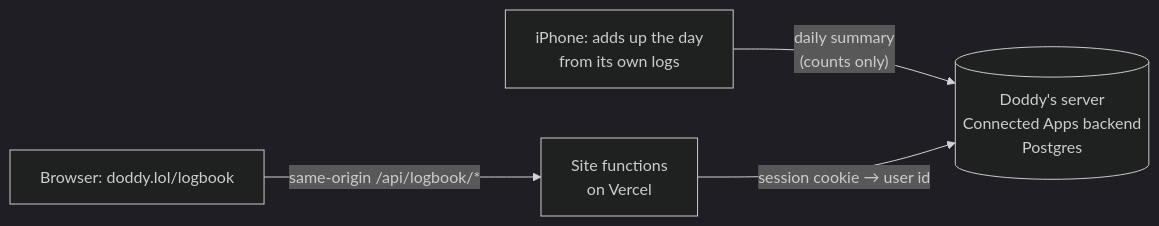
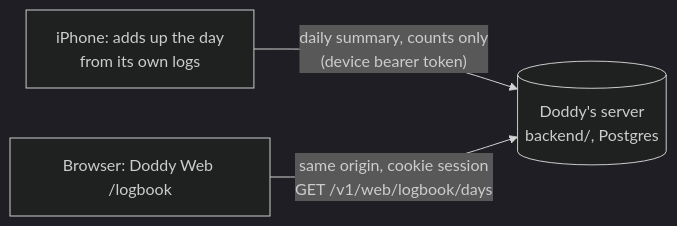
Before and after one commit to Bienos/doddy.2: the diagram in docs/product/WEB_LOGBOOK.md, drawn with Mermaid (dark theme). The commit also changed other lines of this file and 38 other files, not shown here.

First line of the commit message:
Doddy Web in the website's design, with Logbook (ADR-593, ADR-594)

````diff
--- a/docs/product/WEB_LOGBOOK.md
+++ b/docs/product/WEB_LOGBOOK.md
@@ -105,6 +107,5 @@
 ```mermaid
 flowchart LR
-  A[iPhone: adds up the day<br/>from its own logs] -- "daily summary<br/>(counts only)" --> B[(Doddy's server<br/>Connected Apps backend<br/>Postgres)]
-  C[Browser: doddy.lol/logbook] -- "same-origin /api/logbook/*" --> D[Site functions<br/>on Vercel]
-  D -- "session cookie → user id" --> B
+  A[iPhone: adds up the day<br/>from its own logs] -- "daily summary, counts only<br/>(device bearer token)" --> B[(Doddy's server<br/>backend/, Postgres)]
+  C[Browser: Doddy Web /logbook] -- "same origin, cookie session<br/>GET /v1/web/logbook/days" --> B
 ```
````
